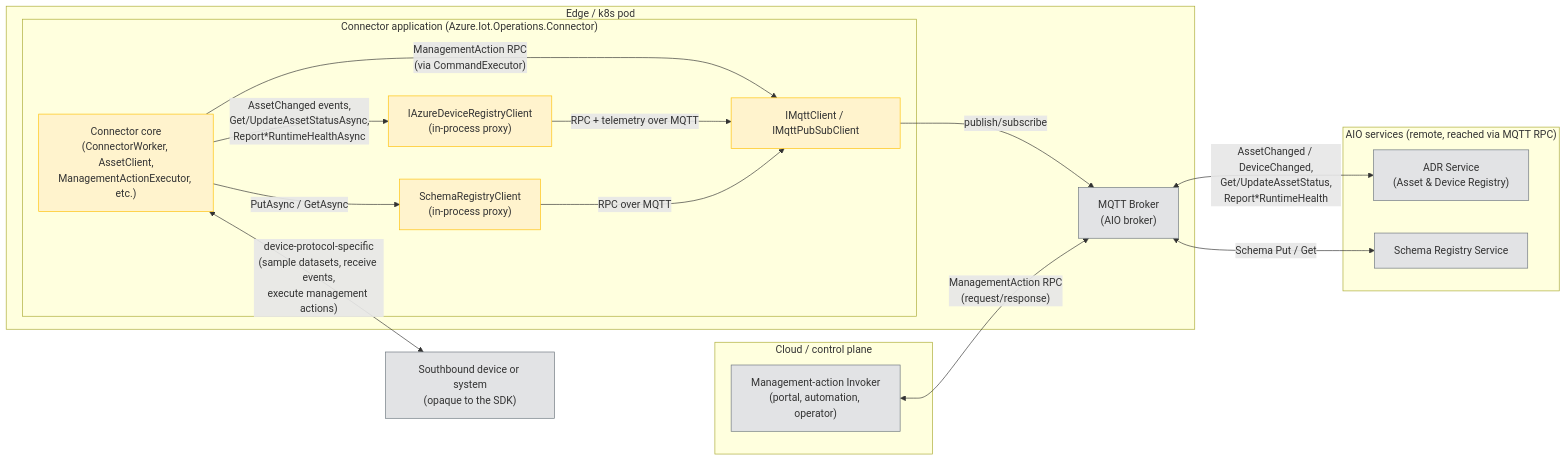
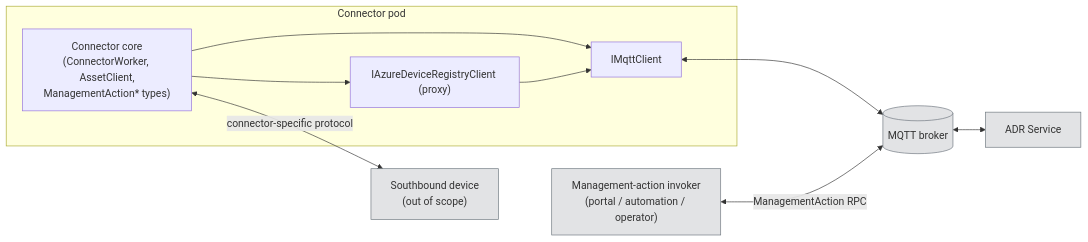
The second of 3 diagrams in doc/dev/tmp/management-action-implementation-design.md (Azure/iot-operations-sdks), drawn with Mermaid before and after one commit. The commit also changed other lines of this file, not shown here.

````diff
--- a/doc/dev/tmp/management-action-implementation-design.md
+++ b/doc/dev/tmp/management-action-implementation-design.md
@@ -407,53 +105,23 @@
 ```mermaid
 flowchart LR
-    subgraph Edge["Edge / k8s pod"]
-        subgraph App["Connector application (Azure.Iot.Operations.Connector)"]
-            Core["Connector core<br/>(ConnectorWorker, AssetClient,<br/>ManagementActionExecutor, etc.)"]
-            ADRProxy["IAzureDeviceRegistryClient<br/>(in-process proxy)"]
-            SRProxy["SchemaRegistryClient<br/>(in-process proxy)"]
-            MqttClient["IMqttClient / IMqttPubSubClient"]
-        end
-        MQTT["MQTT Broker<br/>(AIO broker)"]
+    subgraph Pod["Connector pod"]
+        Core["Connector core<br/>(ConnectorWorker, AssetClient,<br/>ManagementAction* types)"]
+        ADRProxy["IAzureDeviceRegistryClient (proxy)"]
+        MqttClient["IMqttClient"]
+        Core --> ADRProxy
+        Core --> MqttClient
+        ADRProxy --> MqttClient
     end
+    Broker[(MQTT broker)]
+    ADRSvc["ADR Service"]
+    Invoker["Management-action invoker<br/>(portal / automation / operator)"]
+    Device["Southbound device<br/>(out of scope)"]
 
-    subgraph Services["AIO services (remote, reached via MQTT RPC)"]
-        ADR["ADR Service<br/>(Asset & Device Registry)"]
-        SRS["Schema Registry Service"]
-    end
+    MqttClient <--> Broker
+    Broker <--> ADRSvc
+    Invoker <-->|"ManagementAction RPC"| Broker
+    Core <-->|"connector-specific protocol"| Device
 
-    subgraph CloudSide["Cloud / control plane"]
-        Invoker["Management-action Invoker<br/>(portal, automation, operator)"]
-    end
-
-    Device["Southbound device or system<br/>(opaque to the SDK)"]
-
-    %% In-process: connector core uses the two proxies + the MQTT client.
-    Core -- "AssetChanged events,<br/>Get/UpdateAssetStatusAsync,<br/>Report*RuntimeHealthAsync" --> ADRProxy
-    Core -- "PutAsync / GetAsync" --> SRProxy
-    Core -- "ManagementAction RPC<br/>(via CommandExecutor)" --> MqttClient
-
-    %% All three in-process clients funnel through the same MQTT client / broker.
-    ADRProxy -- "RPC + telemetry over MQTT" --> MqttClient
-    SRProxy -- "RPC over MQTT" --> MqttClient
-    MqttClient -- "publish/subscribe" --> MQTT
-
-    %% Northbound: services consume the MQTT messages the proxies publish.
-    MQTT <-- "AssetChanged / DeviceChanged,<br/>Get/UpdateAssetStatus,<br/>Report*RuntimeHealth" --> ADR
-    MQTT <-- "Schema Put / Get" --> SRS
-
-    %% Cloud-side caller publishes management-action RPC to the same broker.
-    Invoker <-- "ManagementAction RPC<br/>(request/response)" --> MQTT
-
-    %% Southbound: device interaction is connector-specific (HTTP, Modbus, OPC UA, custom TCP, etc.).
-    Core <-- "device-protocol-specific<br/>(sample datasets, receive events,<br/>execute management actions)" --> Device
-
-    style Core fill:#fff3cd,stroke:#ffc107
-    style ADRProxy fill:#fff3cd,stroke:#ffc107
-    style SRProxy fill:#fff3cd,stroke:#ffc107
-    style MqttClient fill:#fff3cd,stroke:#ffc107
-    style MQTT fill:#e2e3e5,stroke:#6c757d
-    style ADR fill:#e2e3e5,stroke:#6c757d
-    style SRS fill:#e2e3e5,stroke:#6c757d
-    style Invoker fill:#e2e3e5,stroke:#6c757d
-    style Device fill:#e2e3e5,stroke:#6c757d
+    classDef boundary fill:#e2e3e5,stroke:#6c757d
+    class Broker,ADRSvc,Invoker,Device boundary
 ```
````
